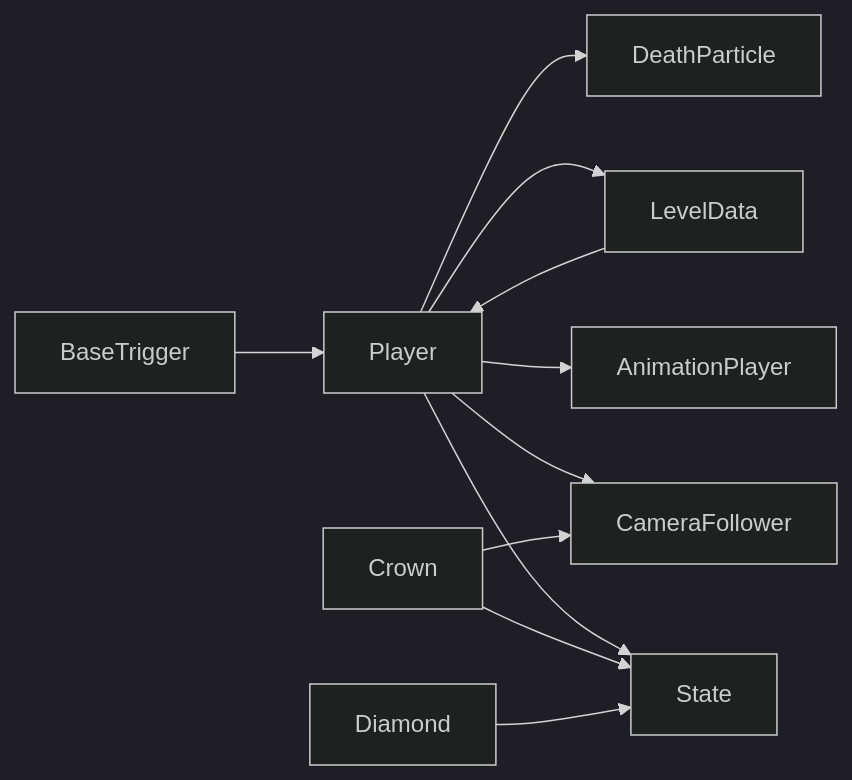
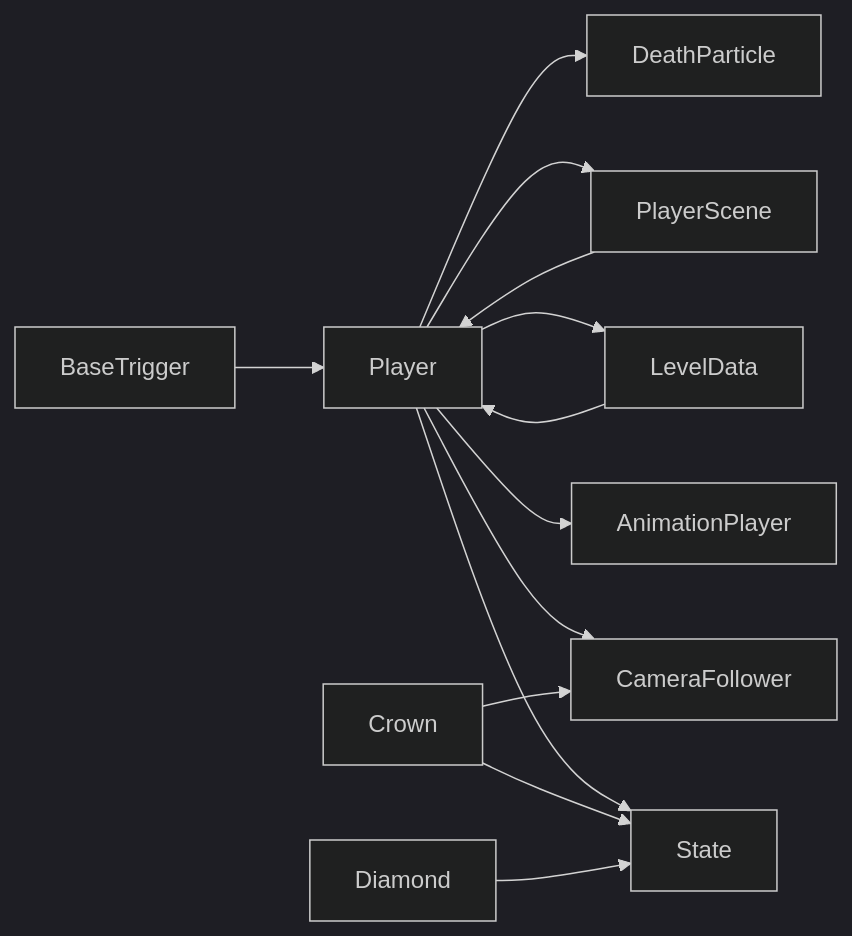
The sixth of 6 diagrams in .qoder/repowiki/zh/content/游戏系统/角色控制系统.md (godotline/godot-line), drawn with Mermaid (dark theme) before and after one commit. The commit also changed other lines of this file and 13 other files, not shown here.

````diff
--- a/.qoder/repowiki/zh/content/游戏系统/角色控制系统.md
+++ b/.qoder/repowiki/zh/content/游戏系统/角色控制系统.md
@@ -359,13 +400,15 @@
 ```mermaid
 graph LR
 Player --> State
 Player --> LevelData
+Player --> PlayerScene
 Player --> AnimationPlayer
 Player --> CameraFollower
 Player --> DeathParticle
 Crown --> State
 Crown --> CameraFollower
 Diamond --> State
 BaseTrigger --> Player
 LevelData --> Player
+PlayerScene --> Player
 ```
````
